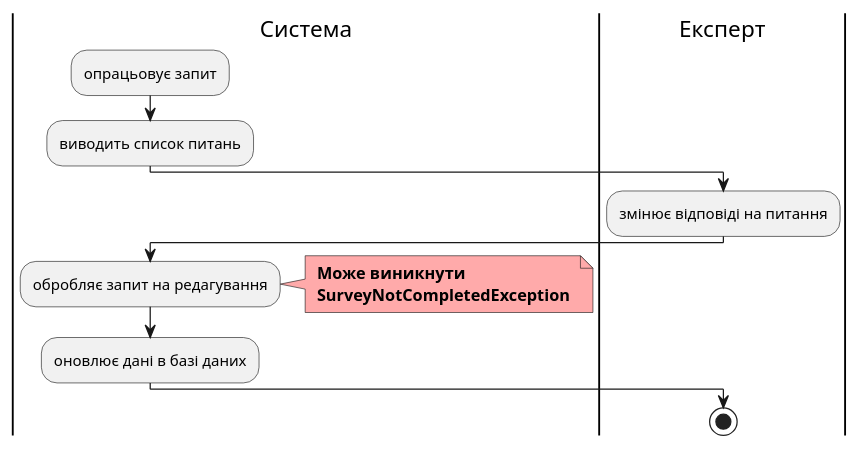
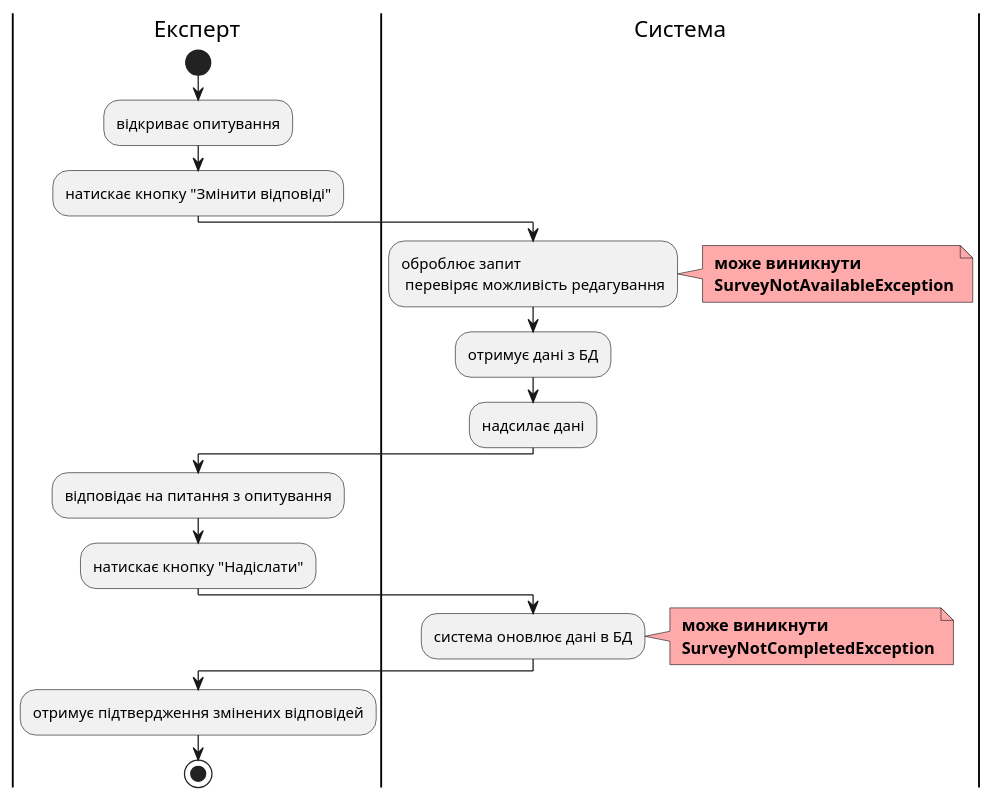
Diagram 12 of 15 in docs/use cases/README.md (xivihwa/edu-db-cw-group1_violetta), drawn with PlantUML before and after one commit. The commit also changed other lines of this file, not shown here.

```diff
--- a/docs/use cases/README.md
+++ b/docs/use cases/README.md
@@ -458,21 +458,31 @@
 @startuml
 
+    |Експерт|
+    start;
+    :відкриває опитування;
+    :натискає кнопку "Змінити відповіді";
+
     |Система|
-    :опрацьовує запит;
-    :виводить список питань;
+    :оброблює запит\n перевіряє можливість редагування;
+    note right #ffaaaa
+    <b> може виникнути
+    <b> SurveyNotAvailableException
+    end note
+    :отримує дані з БД;
+    :надсилає дані;
 
     |Експерт|
-    :змінює відповіді на питання;
+    :відповідає на питання з опитування;
+    :натискає кнопку "Надіслати";
 
-    |Система| 
-    :обробляє запит на редагування; 
-    note right #ffaaaa 
-    <b> Може виникнути 
-    <b> SurveyNotCompletedException 
-    end note 
-    :оновлює дані в базі даних; 
-     
-    |Експерт| 
+    |Система|
+    :система оновлює дані в БД;
+    note right #ffaaaa
+    <b> може виникнути
+    <b> SurveyNotCompletedException
+    end note
+
+    |Експерт|
+    :отримує підтвердження змінених відповідей;
     stop;
-
 @enduml
```
